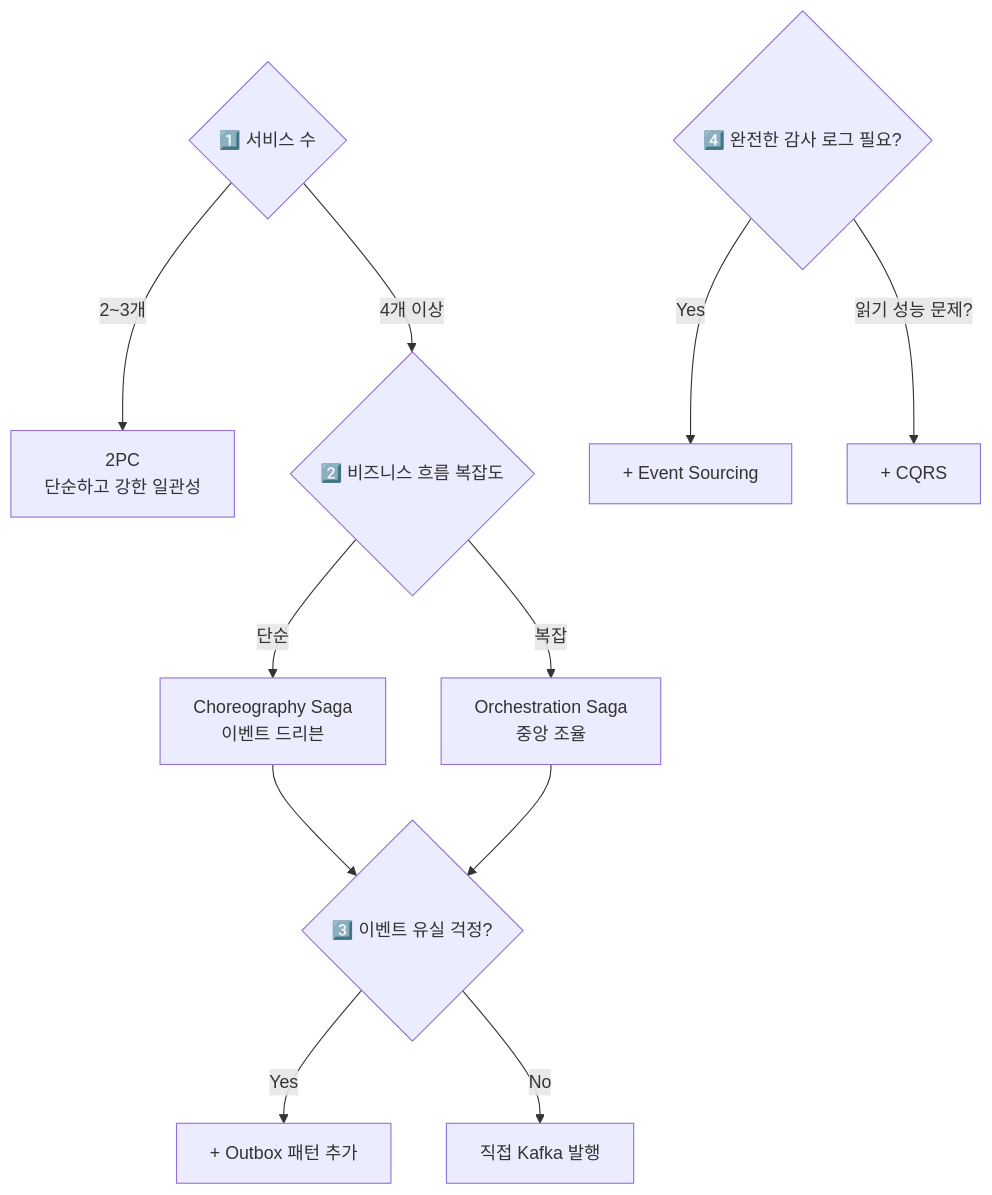
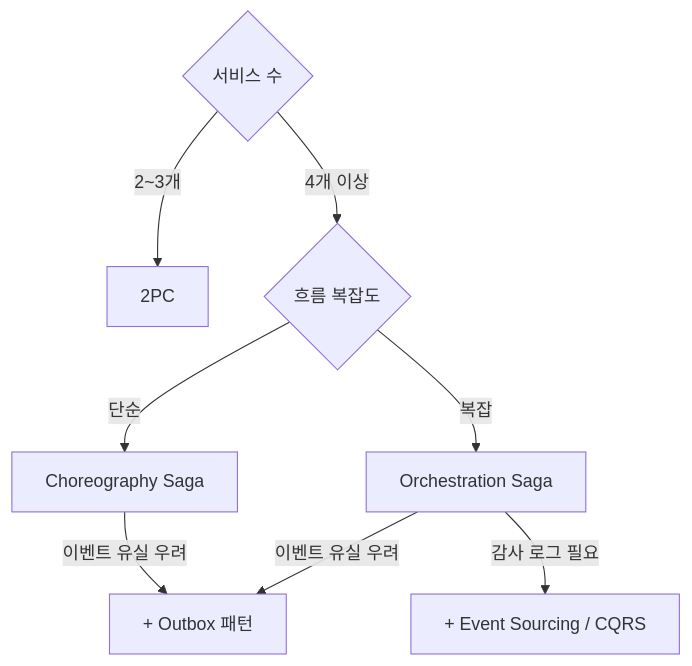
Diagram 14 of 14 in _posts/architecture/2026-05-02-distributed-transaction-deep.md (yjkim2015/yjkim2015.github.io), drawn with Mermaid before and after one commit. The commit also changed other lines of this file and 215 other files, not shown here.

First line of the commit message:
신규 포스트 10개 추가 + Mermaid 전면 축소 + SystemDesign 시리즈 보강

````diff
--- a/_posts/architecture/2026-05-02-distributed-transaction-deep.md
+++ b/_posts/architecture/2026-05-02-distributed-transaction-deep.md
@@ -719,18 +633,10 @@
 ```mermaid
 graph TD
-    Q1{"1️⃣ 서비스 수"}
-    Q1 -->|"2~3개"| TwoPC["2PC\n단순하고 강한 일관성"]
-    Q1 -->|"4개 이상"| Q2{"2️⃣ 비즈니스 흐름 복잡도"}
-
-    Q2 -->|"단순"| Chore["Choreography Saga\n이벤트 드리븐"]
-    Q2 -->|"복잡"| Orches["Orchestration Saga\n중앙 조율"]
-
-    Chore --> Q3{"3️⃣ 이벤트 유실 걱정?"}
-    Orches --> Q3
-    Q3 -->|Yes| Outbox["+ Outbox 패턴 추가"]
-    Q3 -->|No| Direct["직접 Kafka 발행"]
-
-    Q4{"4️⃣ 완전한 감사 로그 필요?"}
-    Q4 -->|Yes| EventSourcing["+ Event Sourcing"]
-    Q4 -->|"읽기 성능 문제?"| CQRS["+ CQRS"]
+    Q1{"서비스 수"}
+    Q1 -->|"2~3개"| TwoPC["2PC"]
+    Q1 -->|"4개 이상"| Q2{"흐름 복잡도"}
+    Q2 -->|"단순"| Chore["Choreography Saga"]
+    Q2 -->|"복잡"| Orches["Orchestration Saga"]
+    Chore & Orches -->|"이벤트 유실 우려"| Outbox["+ Outbox 패턴"]
+    Orches -->|"감사 로그 필요"| ES["+ Event Sourcing / CQRS"]
 ```
````
